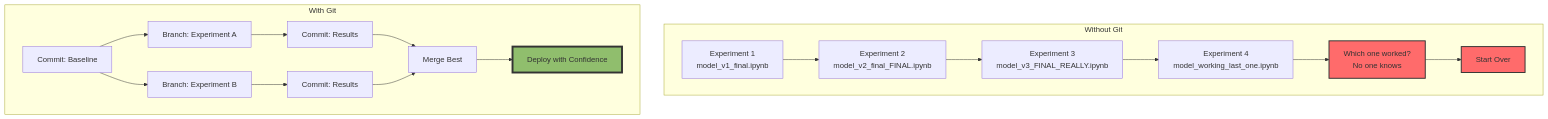
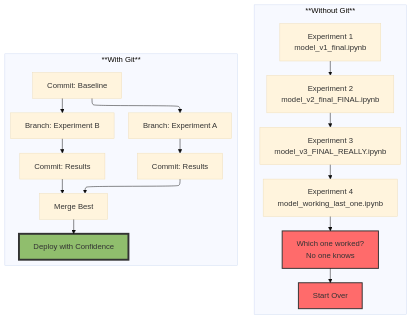
Before and after one commit to Vineet-Sharma-Medium-Stories/Medium-Build-Tool: the third of 4 diagrams in The 2026 AI Metromap/The 2026 AI Metromap: Foundations Station – Why Data Cleaning and Git Are Your Board Games, Not Just Chores.md, drawn with Mermaid. The commit also changed other lines of this file and 37 other files, not shown here.

````diff
--- a/The 2026 AI Metromap/The 2026 AI Metromap: Foundations Station – Why Data Cleaning and Git Are Your Board Games, Not Just Chores.md
+++ b/The 2026 AI Metromap/The 2026 AI Metromap: Foundations Station – Why Data Cleaning and Git Are Your Board Games, Not Just Chores.md
@@ -156,24 +166,29 @@
 ```mermaid
+---
+config:
+  theme: base
+  layout: elk
+---
 graph TD
-    subgraph "Without Git"
+    subgraph "**Without Git**"
         A[Experiment 1<br/>model_v1_final.ipynb] --> B[Experiment 2<br/>model_v2_final_FINAL.ipynb]
         B --> C[Experiment 3<br/>model_v3_FINAL_REALLY.ipynb]
         C --> D[Experiment 4<br/>model_working_last_one.ipynb]
         D --> E[Which one worked?<br/>No one knows]
         E --> F[Start Over]
     end
     
-    subgraph "With Git"
+    subgraph "**With Git**"
         G[Commit: Baseline] --> H[Branch: Experiment A]
         G --> I[Branch: Experiment B]
         H --> J[Commit: Results]
         I --> K[Commit: Results]
         J --> L[Merge Best]
         K --> L
         L --> M[Deploy with Confidence]
     end
     
     style E fill:#ff6b6b,stroke:#333,stroke-width:2px
     style F fill:#ff6b6b,stroke:#333,stroke-width:2px
     style M fill:#90be6d,stroke:#333,stroke-width:4px
 ```
````
